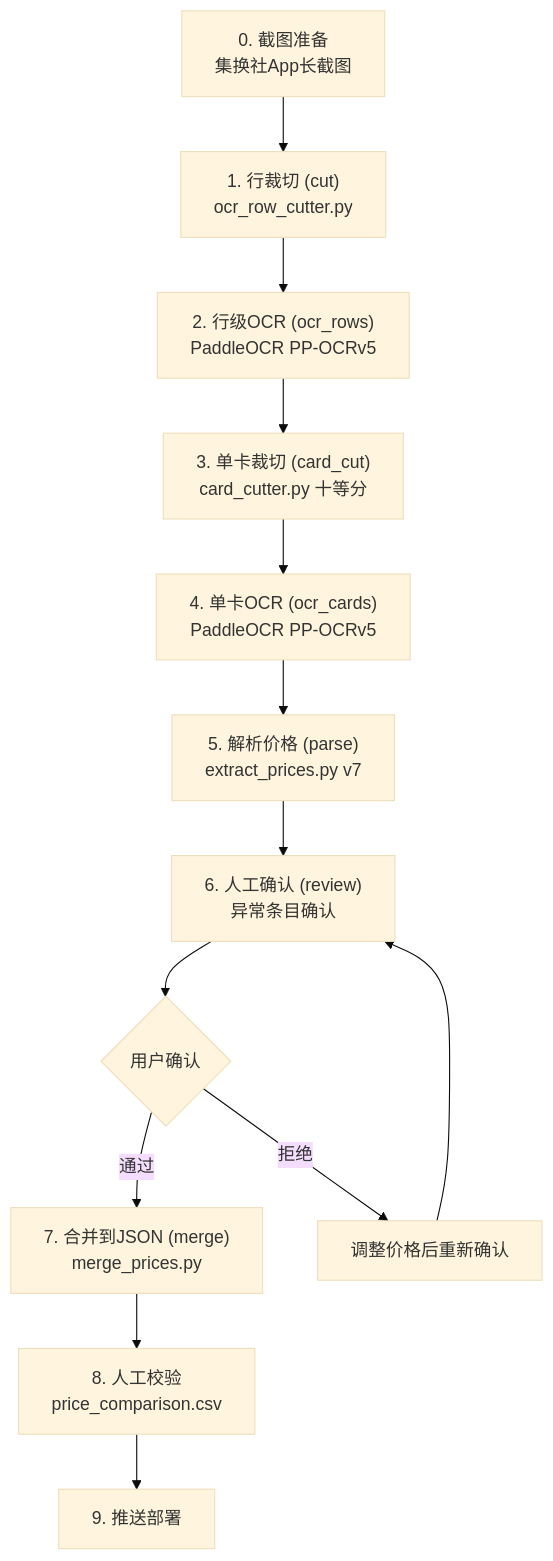
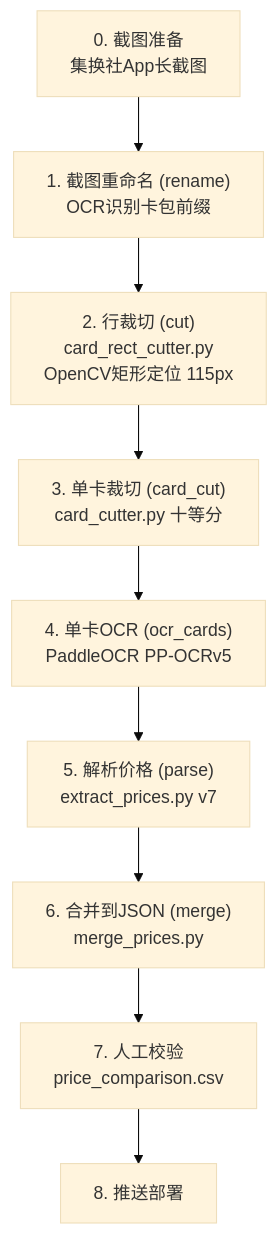
The third of 5 diagrams in docs/TOOLS.md (SnowCastorice/YGOCardGame), drawn with Mermaid (base theme) before and after one commit. The commit also changed other lines of this file and 4 other files, not shown here.

````diff
--- a/docs/TOOLS.md
+++ b/docs/TOOLS.md
@@ -294,15 +295,11 @@
 ```mermaid
 flowchart TD
-    A["0. 截图准备<br>集换社App长截图"] --> B["1. 行裁切 (cut)<br>ocr_row_cutter.py"]
-    B --> C["2. 行级OCR (ocr_rows)<br>PaddleOCR PP-OCRv5"]
-    C --> D["3. 单卡裁切 (card_cut)<br>card_cutter.py 十等分"]
+    A["0. 截图准备<br>集换社App长截图"] --> A1["1. 截图重命名 (rename)<br>OCR识别卡包前缀"]
+    A1 --> B["2. 行裁切 (cut)<br>card_rect_cutter.py<br>OpenCV矩形定位 115px"]
+    B --> D["3. 单卡裁切 (card_cut)<br>card_cutter.py 十等分"]
     D --> E["4. 单卡OCR (ocr_cards)<br>PaddleOCR PP-OCRv5"]
     E --> F["5. 解析价格 (parse)<br>extract_prices.py v7"]
-    F --> G["6. 人工确认 (review)<br>异常条目确认"]
-    G --> G1{"用户确认"}
-    G1 -->|通过| H["7. 合并到JSON (merge)<br>merge_prices.py"]
-    G1 -->|拒绝| G2["调整价格后重新确认"]
-    G2 --> G
-    H --> I["8. 人工校验<br>price_comparison.csv"]
-    I --> J["9. 推送部署"]
+    F --> H["6. 合并到JSON (merge)<br>merge_prices.py"]
+    H --> I["7. 人工校验<br>price_comparison.csv"]
+    I --> J["8. 推送部署"]
 ```
````
